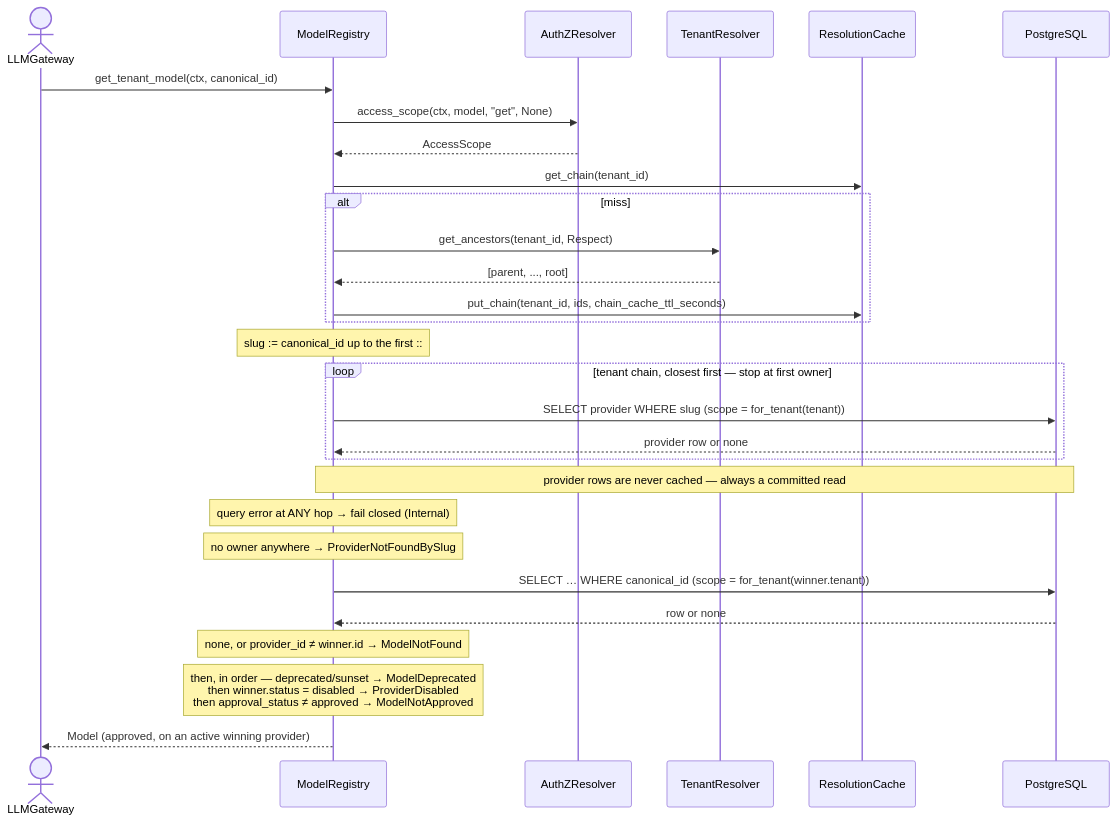
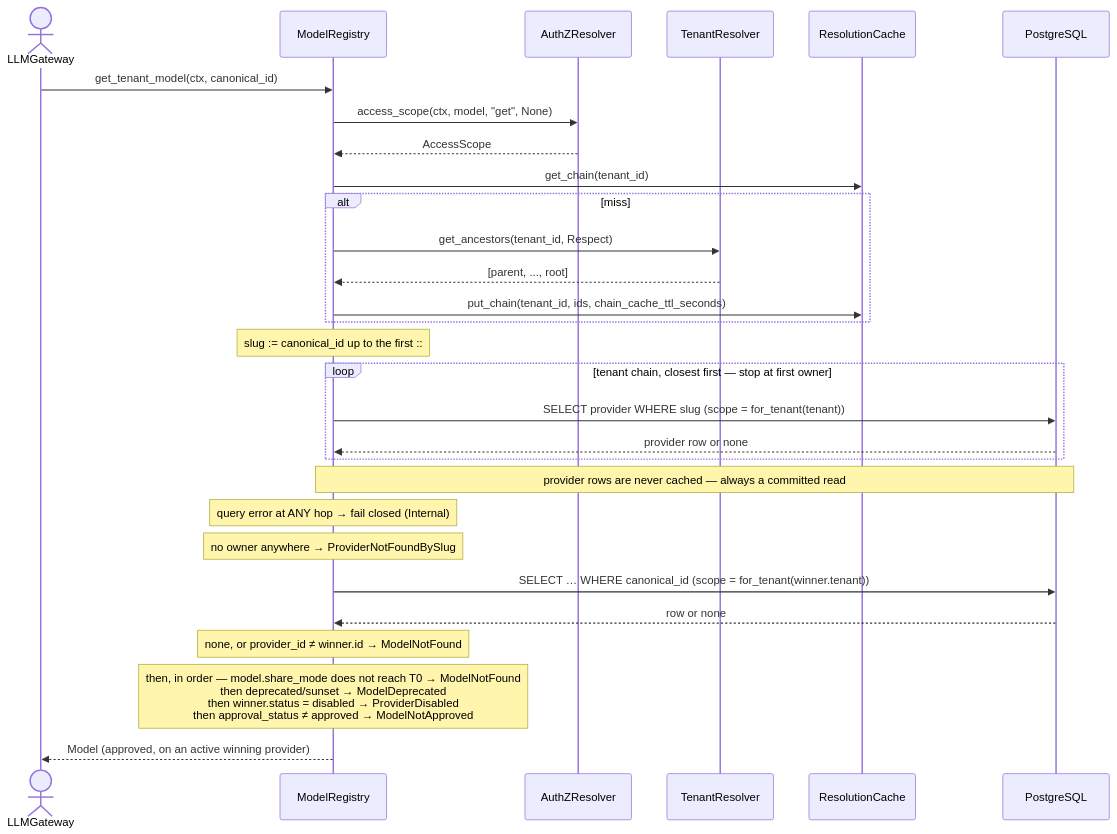
The third of 9 diagrams in gears/model-registry/docs/DESIGN.md (Qilin101/gears-rust), drawn with Mermaid before and after one commit. The commit also changed other lines of this file and 31 other files, not shown here.

````diff
--- a/gears/model-registry/docs/DESIGN.md
+++ b/gears/model-registry/docs/DESIGN.md
@@ -1056,36 +1086,36 @@
 ```mermaid
 sequenceDiagram
     actor LLMGateway
     participant MR as ModelRegistry
     participant PDP as AuthZResolver
     participant Tenant as TenantResolver
     participant Cache as ResolutionCache
     participant DB as PostgreSQL
 
     LLMGateway->>MR: get_tenant_model(ctx, canonical_id)
     MR->>PDP: access_scope(ctx, model, "get", None)
     PDP-->>MR: AccessScope
 
     MR->>Cache: get_chain(tenant_id)
     alt miss
         MR->>Tenant: get_ancestors(tenant_id, Respect)
         Tenant-->>MR: [parent, ..., root]
         MR->>Cache: put_chain(tenant_id, ids, chain_cache_ttl_seconds)
     end
 
     note over MR: slug := canonical_id up to the first ::
 
     loop tenant chain, closest first — stop at first owner
         MR->>DB: SELECT provider WHERE slug (scope = for_tenant(tenant))
         DB-->>MR: provider row or none
     end
     note over MR,DB: provider rows are never cached — always a committed read
     note over MR: query error at ANY hop → fail closed (Internal)
     note over MR: no owner anywhere → ProviderNotFoundBySlug
 
     MR->>DB: SELECT … WHERE canonical_id (scope = for_tenant(winner.tenant))
     DB-->>MR: row or none
     note over MR: none, or provider_id ≠ winner.id → ModelNotFound
-    note over MR: then, in order — deprecated/sunset → ModelDeprecated<br/>then winner.status = disabled → ProviderDisabled<br/>then approval_status ≠ approved → ModelNotApproved
+    note over MR: then, in order — model.share_mode does not reach T0 → ModelNotFound<br/>then deprecated/sunset → ModelDeprecated<br/>then winner.status = disabled → ProviderDisabled<br/>then approval_status ≠ approved → ModelNotApproved
     MR-->>LLMGateway: Model (approved, on an active winning provider)
 ```
````
